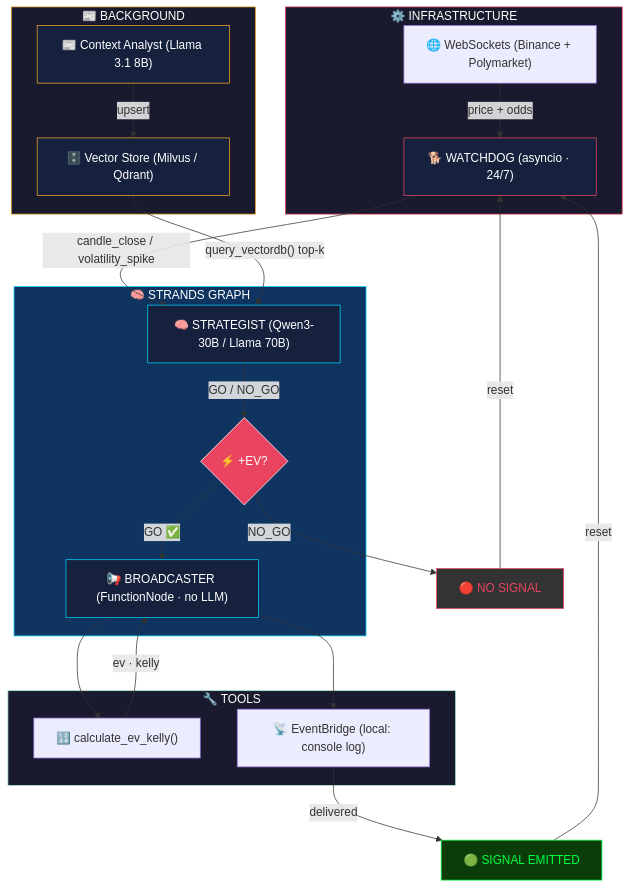
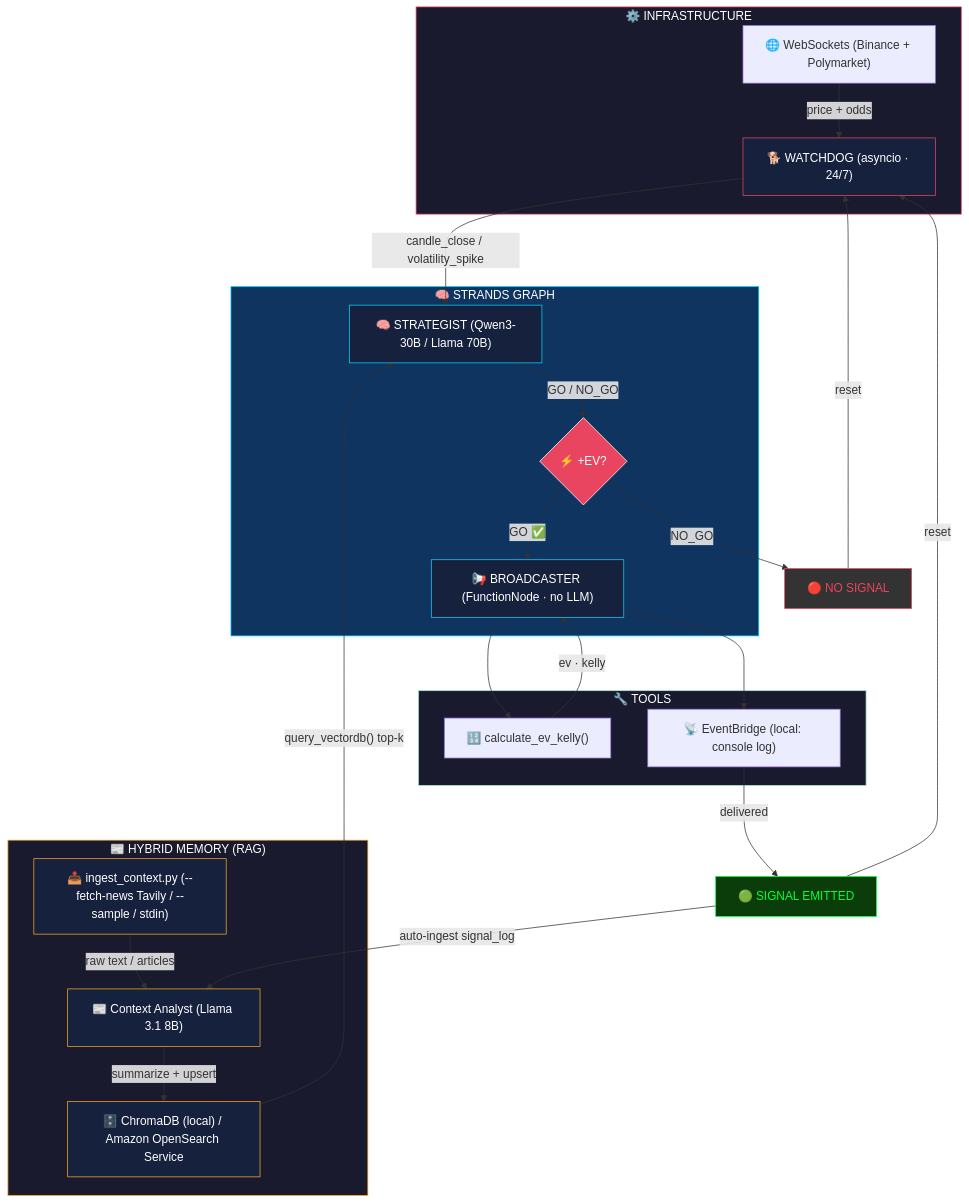
Before and after one commit to gmgalvan/demo-polymarket-sgnal: the diagram in docs/agent_flow.mermaid, drawn with Mermaid. The commit also changed 23 other files, not shown here.

```diff
--- a/docs/agent_flow.mermaid
+++ b/docs/agent_flow.mermaid
@@ -1,51 +1,55 @@
 graph TD
     subgraph INFRA["⚙️ INFRASTRUCTURE"]
         WS["🌐 WebSockets (Binance + Polymarket)"]
         VG["🐕 WATCHDOG (asyncio · 24/7)"]
     end
 
-    subgraph BG["📰 BACKGROUND"]
+    subgraph BG["📰 HYBRID MEMORY (RAG)"]
+        CLI["📥 ingest_context.py (--fetch-news Tavily / --sample / stdin)"]
         AC["📰 Context Analyst (Llama 3.1 8B)"]
-        VDB["🗄️ Vector Store (Milvus / Qdrant)"]
+        VDB["🗄️ ChromaDB (local) / Amazon OpenSearch Service"]
     end
 
     subgraph GRAPH["🧠 STRANDS GRAPH"]
         ES["🧠 STRATEGIST (Qwen3-30B / Llama 70B)"]
         COND{"⚡ +EV?"}
         BC["📢 BROADCASTER (FunctionNode · no LLM)"]
     end
 
     subgraph TOOLS["🔧 TOOLS"]
         MATH["🔢 calculate_ev_kelly()"]
         EB["📡 EventBridge (local: console log)"]
     end
 
     NO["🔴 NO SIGNAL"]
     SIGNAL["🟢 SIGNAL EMITTED"]
 
     WS -->|"price + odds"| VG
     VG -->|"candle_close / volatility_spike"| ES
-    AC -->|"upsert"| VDB
+    CLI -->|"raw text / articles"| AC
+    AC -->|"summarize + upsert"| VDB
     VDB -->|"query_vectordb() top-k"| ES
     ES -->|"GO / NO_GO"| COND
     COND -->|"NO_GO"| NO
     COND -->|"GO ✅"| BC
     BC --> MATH
     BC --> EB
     MATH -->|"ev · kelly"| BC
     EB -->|"delivered"| SIGNAL
+    SIGNAL -->|"auto-ingest signal_log"| AC
     NO -->|"reset"| VG
     SIGNAL -->|"reset"| VG
 
     style INFRA fill:#1a1a2e,stroke:#e94560,color:#fff
     style BG fill:#1a1a2e,stroke:#f5a623,color:#fff
     style GRAPH fill:#0f3460,stroke:#00d2ff,color:#fff
     style TOOLS fill:#1a1a2e,stroke:#a8e6cf,color:#fff
     style ES fill:#16213e,stroke:#00d2ff,color:#fff
     style COND fill:#e94560,stroke:#fff,color:#fff
     style BC fill:#16213e,stroke:#00d2ff,color:#fff
     style NO fill:#333,stroke:#e94560,color:#e94560
     style SIGNAL fill:#0a3d0a,stroke:#00ff41,color:#00ff41
     style VG fill:#16213e,stroke:#e94560,color:#fff
+    style CLI fill:#16213e,stroke:#f5a623,color:#fff
     style AC fill:#16213e,stroke:#f5a623,color:#fff
     style VDB fill:#16213e,stroke:#f5a623,color:#fff
```
